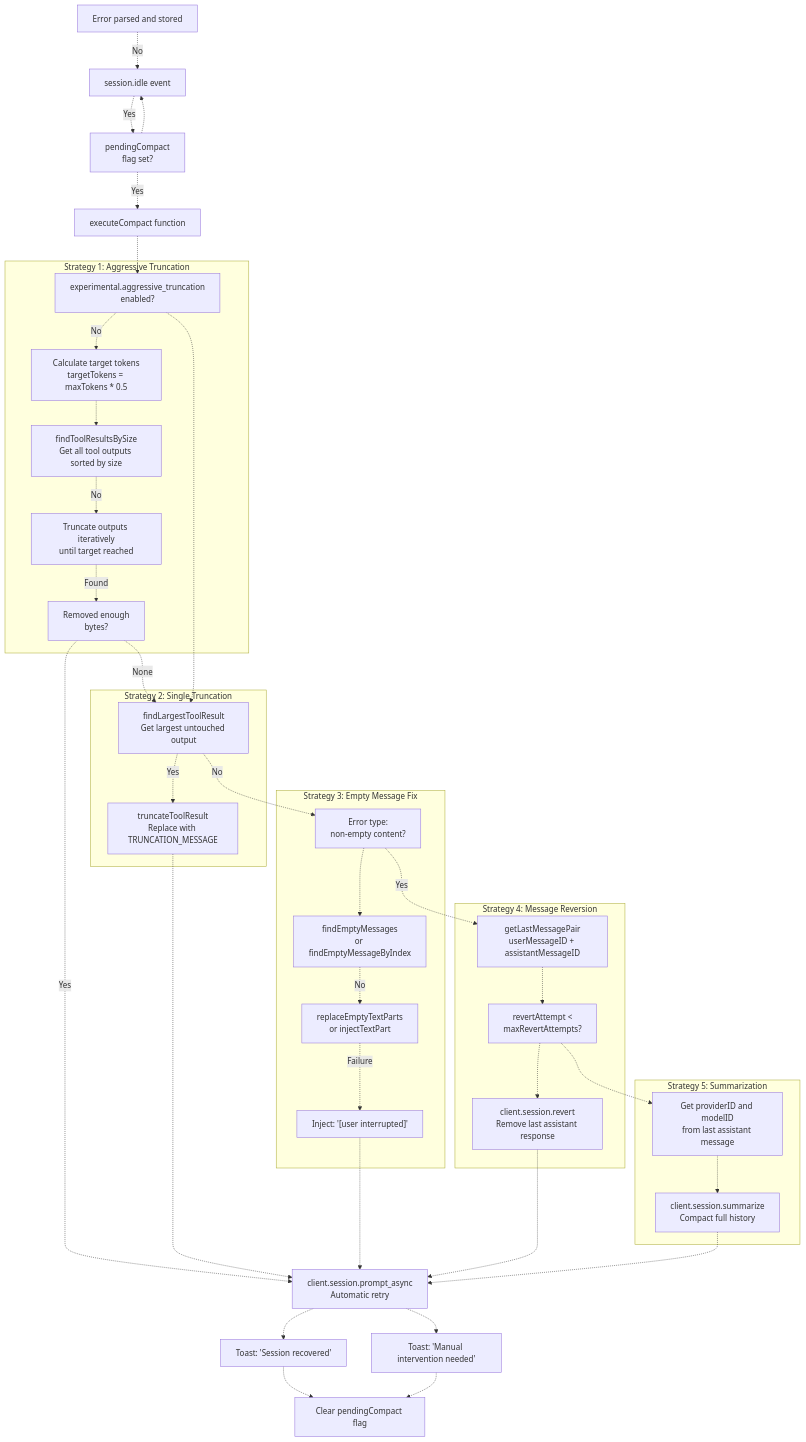
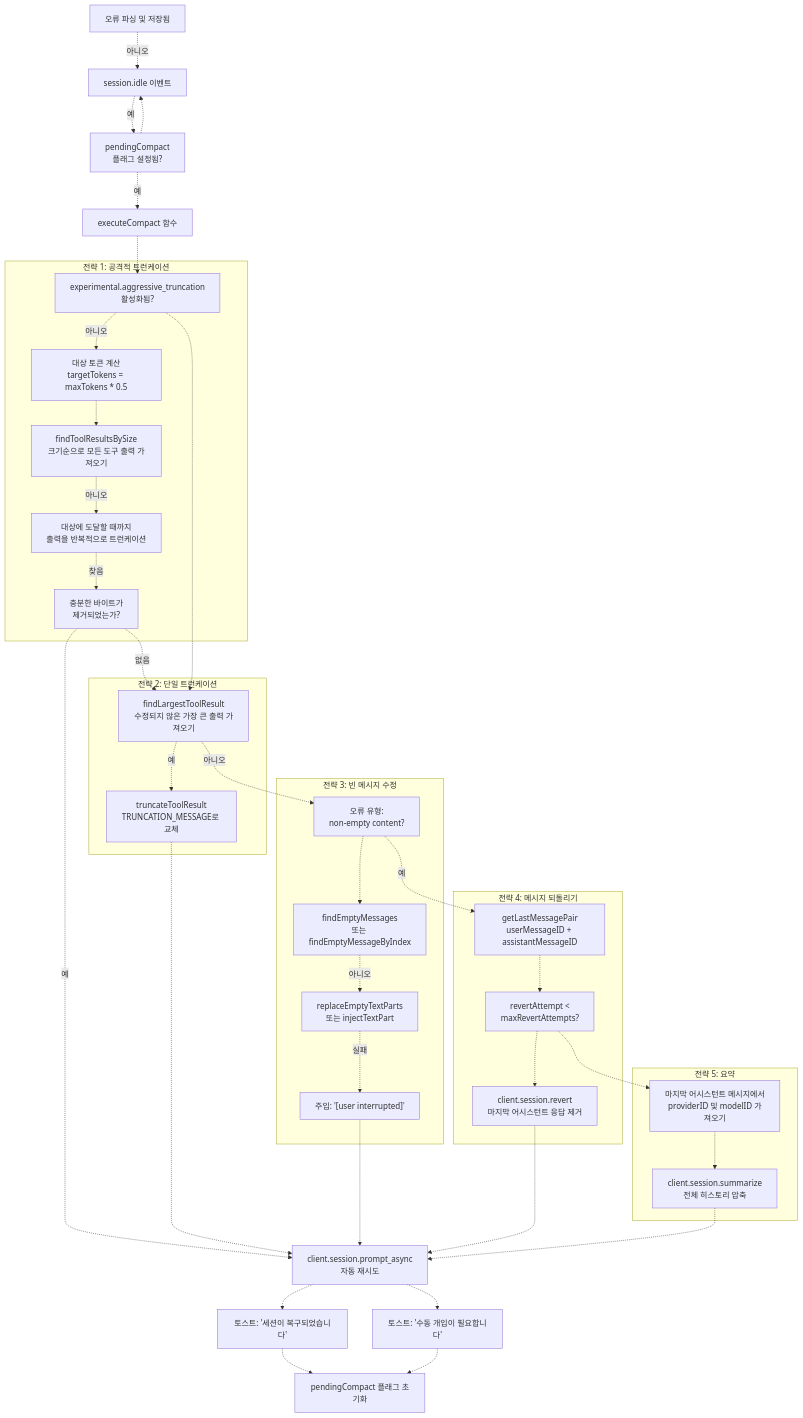
The fifth of 10 diagrams in docs/hooks/context-management-hooks.md (felipetruman/oh-my-opencode-docs), drawn with Mermaid before and after one commit. The commit also changed other lines of this file and 76 other files, not shown here.

````diff
--- a/docs/hooks/context-management-hooks.md
+++ b/docs/hooks/context-management-hooks.md
@@ -348,42 +349,42 @@
 ```mermaid
 flowchart TD
 
-ErrorDetected["Error parsed and stored"]
-SessionIdle["session.idle event"]
-CheckPending["pendingCompact<br>flag set?"]
-ExecuteCompact["executeCompact function"]
-CheckExperimental["experimental.aggressive_truncation<br>enabled?"]
-CalcTarget["Calculate target tokens<br>targetTokens = maxTokens * 0.5"]
-FindAll["findToolResultsBySize<br>Get all tool outputs sorted by size"]
-TruncateLoop["Truncate outputs iteratively<br>until target reached"]
-CheckSufficient["Removed enough<br>bytes?"]
-FindLargest["findLargestToolResult<br>Get largest untouched output"]
-TruncateSingle["truncateToolResult<br>Replace with TRUNCATION_MESSAGE"]
-CheckEmptyError["Error type:<br>non-empty content?"]
-FindEmpty["findEmptyMessages<br>or findEmptyMessageByIndex"]
-ReplaceEmpty["replaceEmptyTextParts<br>or injectTextPart"]
-InjectInterrupted["Inject: '[user interrupted]'"]
+ErrorDetected["오류 파싱 및 저장됨"]
+SessionIdle["session.idle 이벤트"]
+CheckPending["pendingCompact<br>플래그 설정됨?"]
+ExecuteCompact["executeCompact 함수"]
+CheckExperimental["experimental.aggressive_truncation<br>활성화됨?"]
+CalcTarget["대상 토큰 계산<br>targetTokens = maxTokens * 0.5"]
+FindAll["findToolResultsBySize<br>크기순으로 모든 도구 출력 가져오기"]
+TruncateLoop["대상에 도달할 때까지<br>출력을 반복적으로 트런케이션"]
+CheckSufficient["충분한 바이트가<br>제거되었는가?"]
+FindLargest["findLargestToolResult<br>수정되지 않은 가장 큰 출력 가져오기"]
+TruncateSingle["truncateToolResult<br>TRUNCATION_MESSAGE로 교체"]
+CheckEmptyError["오류 유형:<br>non-empty content?"]
+FindEmpty["findEmptyMessages<br>또는 findEmptyMessageByIndex"]
+ReplaceEmpty["replaceEmptyTextParts<br>또는 injectTextPart"]
+InjectInterrupted["주입: '[user interrupted]'"]
 GetLastPair["getLastMessagePair<br>userMessageID + assistantMessageID"]
 CheckRevertLimit["revertAttempt <<br>maxRevertAttempts?"]
-RevertMessage["client.session.revert<br>Remove last assistant response"]
-GetProvider["Get providerID and modelID<br>from last assistant message"]
-Summarize["client.session.summarize<br>Compact full history"]
-RetryPrompt["client.session.prompt_async<br>Automatic retry"]
-ToastSuccess["Toast: 'Session recovered'"]
-ToastFailure["Toast: 'Manual intervention needed'"]
-ClearState["Clear pendingCompact flag"]
+RevertMessage["client.session.revert<br>마지막 어시스턴트 응답 제거"]
+GetProvider["마지막 어시스턴트 메시지에서<br>providerID 및 modelID 가져오기"]
+Summarize["client.session.summarize<br>전체 히스토리 압축"]
+RetryPrompt["client.session.prompt_async<br>자동 재시도"]
+ToastSuccess["토스트: '세션이 복구되었습니다'"]
+ToastFailure["토스트: '수동 개입이 필요합니다'"]
+ClearState["pendingCompact 플래그 초기화"]
 
-ErrorDetected -.->|"No"| SessionIdle
-SessionIdle -.->|"Yes"| CheckPending
+ErrorDetected -.->|"아니오"| SessionIdle
+SessionIdle -.->|"예"| CheckPending
 CheckPending -.-> SessionIdle
-CheckPending -.->|"Yes"| ExecuteCompact
+CheckPending -.->|"예"| ExecuteCompact
 ExecuteCompact -.-> CheckExperimental
-CheckSufficient -.->|"Yes"| RetryPrompt
-CheckSufficient -.->|"None"| FindLargest
+CheckSufficient -.->|"예"| RetryPrompt
+CheckSufficient -.->|"없음"| FindLargest
 CheckExperimental -.-> FindLargest
-FindLargest -.->|"No"| CheckEmptyError
+FindLargest -.->|"아니오"| CheckEmptyError
 TruncateSingle -.-> RetryPrompt
-CheckEmptyError -.->|"Yes"| GetLastPair
+CheckEmptyError -.->|"예"| GetLastPair
 InjectInterrupted -.-> RetryPrompt
 CheckRevertLimit -.-> GetProvider
 RevertMessage -.-> RetryPrompt
@@ -393,13 +394,13 @@
 ToastSuccess -.-> ClearState
 ToastFailure -.-> ClearState
 
-subgraph subGraph4 ["Strategy 5: Summarization"]
+subgraph subGraph4 ["전략 5: 요약"]
     GetProvider
     Summarize
     GetProvider -.-> Summarize
 end
 
-subgraph subGraph3 ["Strategy 4: Message Reversion"]
+subgraph subGraph3 ["전략 4: 메시지 되돌리기"]
     GetLastPair
     CheckRevertLimit
     RevertMessage
@@ -407,31 +408,31 @@
     CheckRevertLimit -.-> RevertMessage
 end
 
-subgraph subGraph2 ["Strategy 3: Empty Message Fix"]
+subgraph subGraph2 ["전략 3: 빈 메시지 수정"]
     CheckEmptyError
     FindEmpty
     ReplaceEmpty
     InjectInterrupted
     CheckEmptyError -.-> FindEmpty
-    FindEmpty -.->|"No"| ReplaceEmpty
-    ReplaceEmpty -.->|"Failure"| InjectInterrupted
+    FindEmpty -.->|"아니오"| ReplaceEmpty
+    ReplaceEmpty -.->|"실패"| InjectInterrupted
 end
 
-subgraph subGraph1 ["Strategy 2: Single Truncation"]
+subgraph subGraph1 ["전략 2: 단일 트런케이션"]
     FindLargest
     TruncateSingle
-    FindLargest -.->|"Yes"| TruncateSingle
+    FindLargest -.->|"예"| TruncateSingle
 end
 
-subgraph subGraph0 ["Strategy 1: Aggressive Truncation"]
+subgraph subGraph0 ["전략 1: 공격적 트런케이션"]
     CheckExperimental
     CalcTarget
     FindAll
     TruncateLoop
     CheckSufficient
-    CheckExperimental -.->|"No"| CalcTarget
+    CheckExperimental -.->|"아니오"| CalcTarget
     CalcTarget -.-> FindAll
-    FindAll -.->|"No"| TruncateLoop
-    TruncateLoop -.->|"Found"| CheckSufficient
+    FindAll -.->|"아니오"| TruncateLoop
+    TruncateLoop -.->|"찾음"| CheckSufficient
 end
 ```
````
